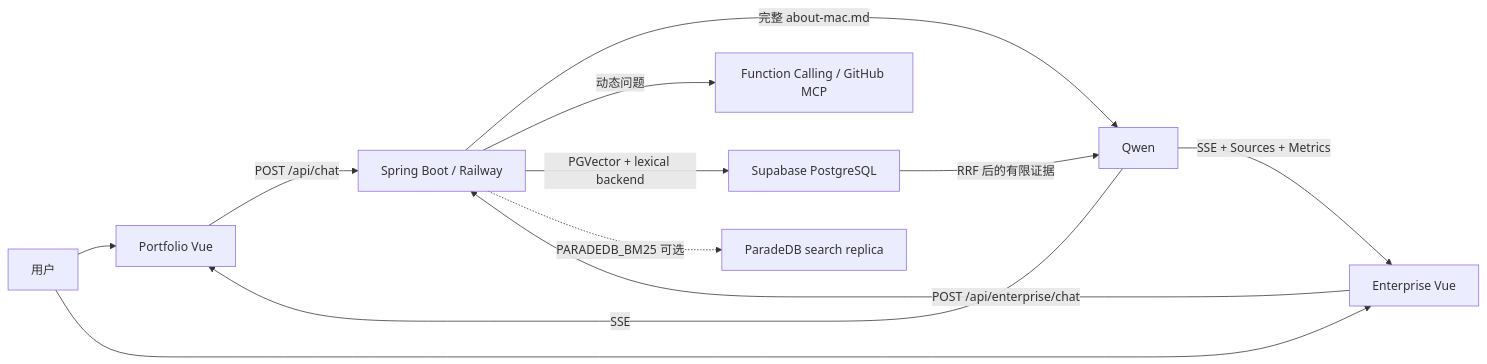
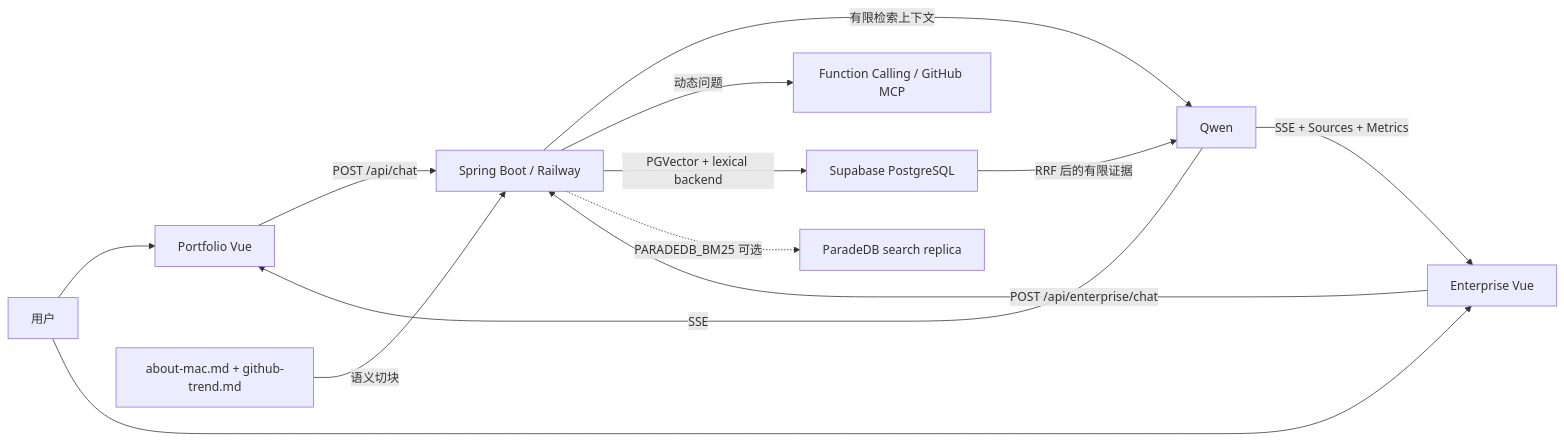
One commit to Tmakerchima/portfolio-rag changed the first of 4 diagrams in README.md. Above: the diagram before and after it, drawn with Mermaid. The commit also changed other lines of this file and 20 other files, not shown here.

````diff
--- a/README.md
+++ b/README.md
@@ -31,14 +31,15 @@
 ```mermaid
 flowchart LR
     U["用户"] --> PF["Portfolio Vue"]
     U --> EF["Enterprise Vue"]
     PF -->|"POST /api/chat"| B["Spring Boot / Railway"]
     EF -->|"POST /api/enterprise/chat"| B
-    B -->|"完整 about-mac.md"| Q["Qwen"]
+    B -->|"有限检索上下文"| Q["Qwen"]
+    K["about-mac.md + github-trend.md"] -->|"语义切块"| B
     B -->|"动态问题"| T["Function Calling / GitHub MCP"]
     B -->|"PGVector + lexical backend"| P["Supabase PostgreSQL"]
     B -.->|"PARADEDB_BM25 可选"| S["ParadeDB search replica"]
     P -->|"RRF 后的有限证据"| Q
     Q -->|"SSE"| PF
     Q -->|"SSE + Sources + Metrics"| EF
 ```
````
